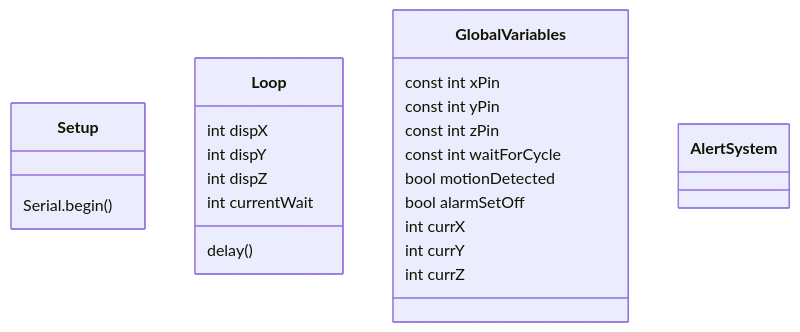
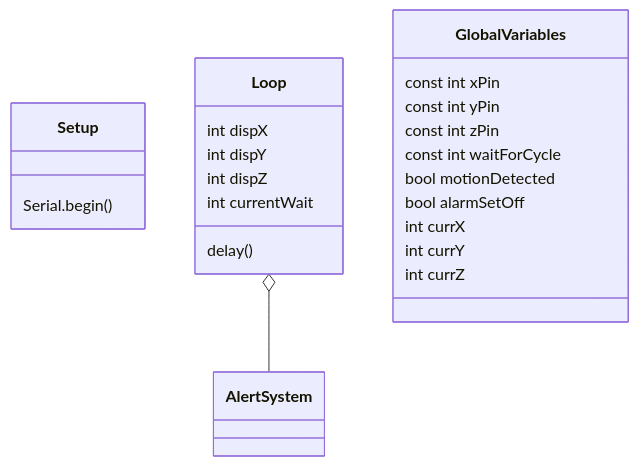
The diagram in UML Diagram.md (bczuniga/CS530-Laundry-Timer), drawn with Mermaid before and after one commit.

Commit message:
Attempted to add aggregation line between loop and alert system

````diff
--- a/UML Diagram.md
+++ b/UML Diagram.md
@@ -3,32 +3,34 @@
 ```mermaid
 classDiagram
 
     class Setup {
         Serial.begin()
 }
 
     class Loop {
         int dispX
         int dispY
         int dispZ
         int currentWait
         delay()
 
 }
 
     class GlobalVariables {
         const int xPin
         const int yPin
         const int zPin
         const int waitForCycle
         bool motionDetected
         bool alarmSetOff
         int currX
         int currY
         int currZ
 }
 
     class AlertSystem {
         
 }
+
+    Loop o-- AlertSystem
 ```
````
